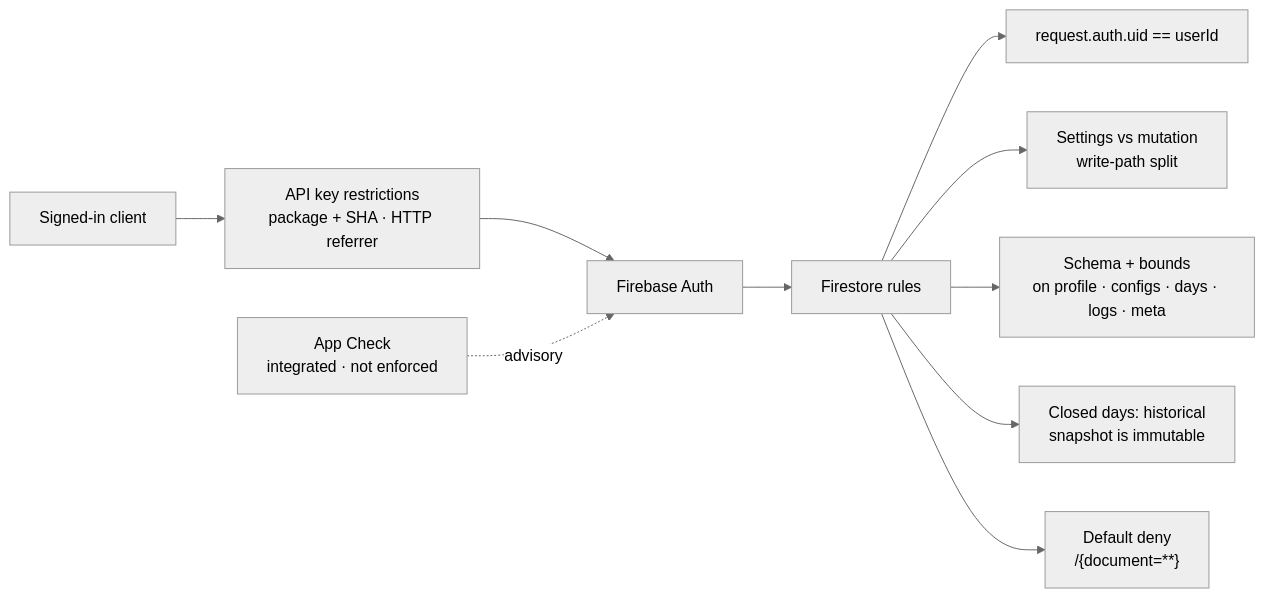
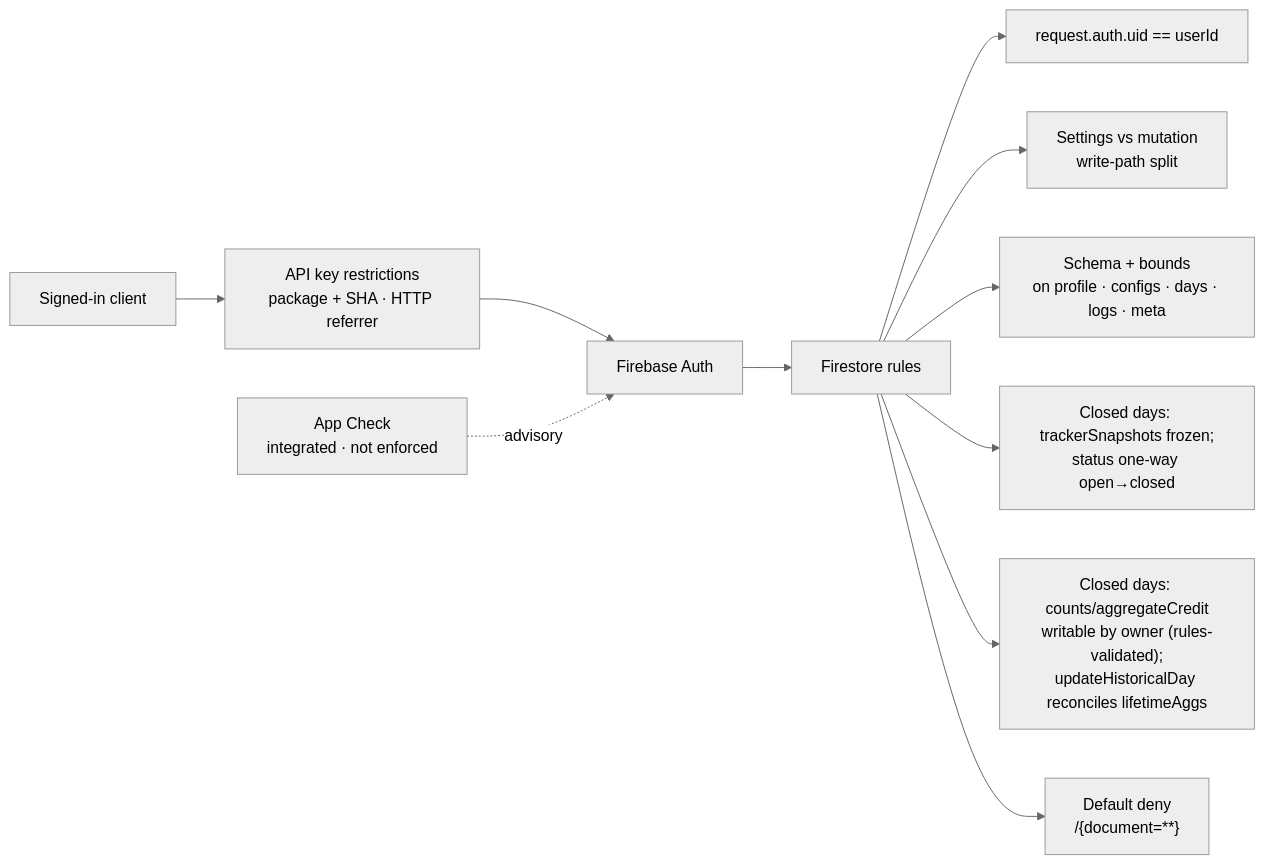
Before and after one commit to shareef01/tabakpp: the second of 2 diagrams in README.md, drawn with Mermaid (neutral theme). The commit also changed other lines of this file and 3 other files, not shown here.

First line of the commit message:
fix(security): harden release flow and clarify Firestore trust model

````diff
--- a/README.md
+++ b/README.md
@@ -146,14 +153,15 @@
 ```mermaid
 flowchart LR
   Client["Signed-in client"] --> Key["API key restrictions<br/>package + SHA · HTTP referrer"]
   Key --> Auth["Firebase Auth"]
   Auth --> Rules["Firestore rules"]
 
   Rules --> Owner["request.auth.uid == userId"]
   Rules --> Split["Settings vs mutation<br/>write-path split"]
   Rules --> Shape["Schema + bounds<br/>on profile · configs · days · logs · meta"]
-  Rules --> Frozen["Closed days: historical<br/>snapshot is immutable"]
+  Rules --> Frozen["Closed days: trackerSnapshots frozen;<br/>status one-way open→closed"]
+  Rules --> Writability["Closed days: counts/aggregateCredit<br/>writable by owner (rules-validated);<br/>updateHistoricalDay reconciles lifetimeAggs"]
   Rules --> Deny["Default deny<br/>/{document=**}"]
 
   AC["App Check<br/>integrated · not enforced"] -. advisory .-> Auth
 ```
````
